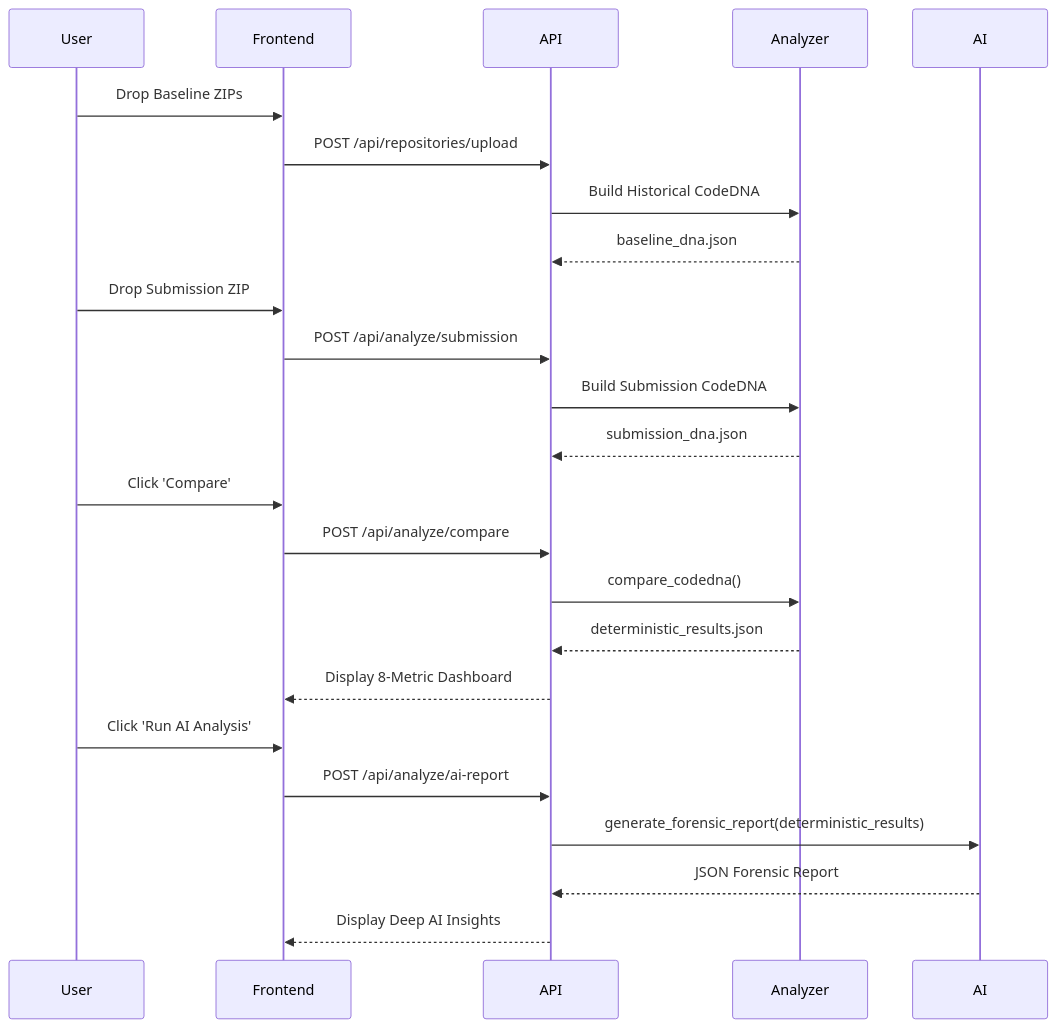
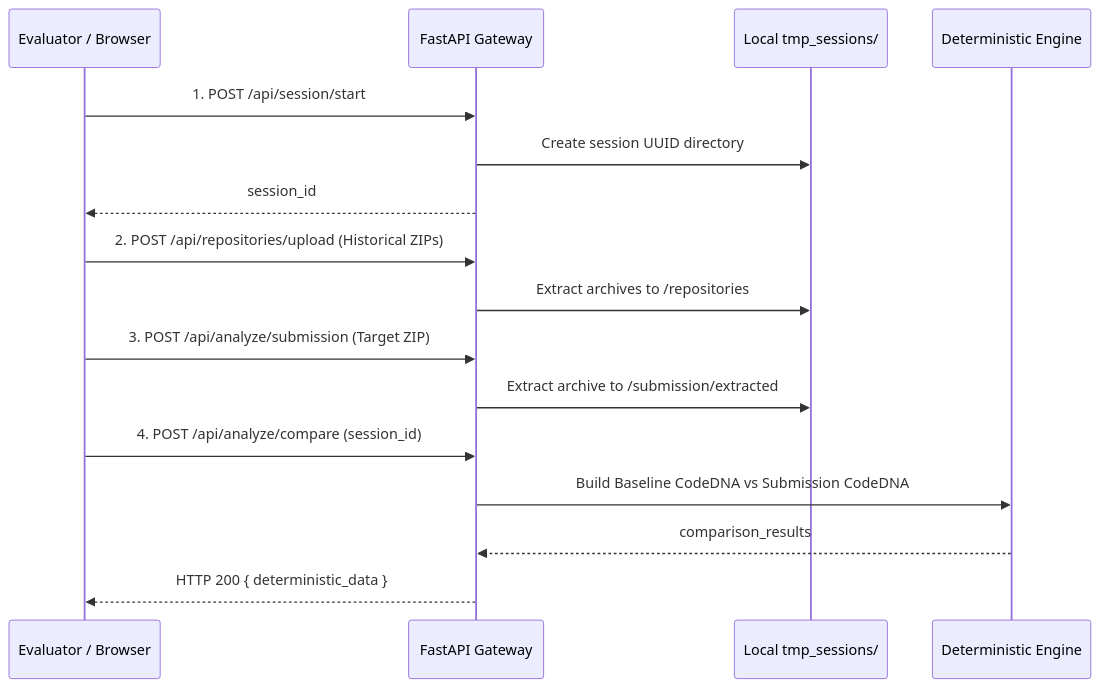
The fourth of 4 diagrams in docs/architecture.md (Shabd1901/CodeDNA), drawn with Mermaid before and after one commit. The commit also changed other lines of this file and 6 other files, not shown here.

Commit message:
Audit and rewrite complete project documentation suite with comprehensive README entry point, updated TRD, PRD, architecture C4 diagrams, and verified cross-links

````diff
--- a/docs/architecture.md
+++ b/docs/architecture.md
@@ -39,30 +87,22 @@
 ```mermaid
 sequenceDiagram
-    participant User
-    participant Frontend
-    participant API
-    participant Analyzer
-    participant AI
-    
-    User->>Frontend: Drop Baseline ZIPs
-    Frontend->>API: POST /api/repositories/upload
-    API->>Analyzer: Build Historical CodeDNA
-    Analyzer-->>API: baseline_dna.json
-    
-    User->>Frontend: Drop Submission ZIP
-    Frontend->>API: POST /api/analyze/submission
-    API->>Analyzer: Build Submission CodeDNA
-    Analyzer-->>API: submission_dna.json
-    
-    User->>Frontend: Click 'Compare'
-    Frontend->>API: POST /api/analyze/compare
-    API->>Analyzer: compare_codedna()
-    Analyzer-->>API: deterministic_results.json
-    API-->>Frontend: Display 8-Metric Dashboard
-    
-    User->>Frontend: Click 'Run AI Analysis'
-    Frontend->>API: POST /api/analyze/ai-report
-    API->>AI: generate_forensic_report(deterministic_results)
-    AI-->>API: JSON Forensic Report
-    API-->>Frontend: Display Deep AI Insights
+    participant User as Evaluator / Browser
+    participant API as FastAPI Gateway
+    participant Disk as Local tmp_sessions/
+    participant Analyzer as Deterministic Engine
+
+    User->>API: 1. POST /api/session/start
+    API->>Disk: Create session UUID directory
+    API-->>User: session_id
+
+    User->>API: 2. POST /api/repositories/upload (Historical ZIPs)
+    API->>Disk: Extract archives to /repositories
+
+    User->>API: 3. POST /api/analyze/submission (Target ZIP)
+    API->>Disk: Extract archive to /submission/extracted
+
+    User->>API: 4. POST /api/analyze/compare (session_id)
+    API->>Analyzer: Build Baseline CodeDNA vs Submission CodeDNA
+    Analyzer-->>API: comparison_results
+    API-->>User: HTTP 200 { deterministic_data }
 ```
````
